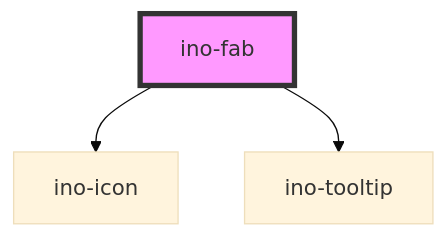
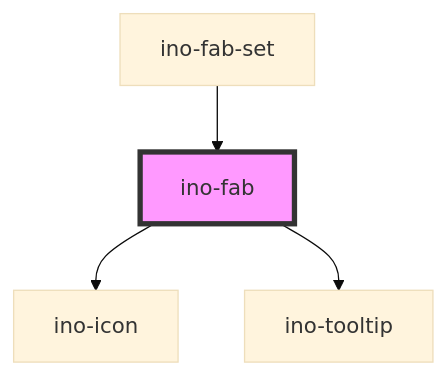
Before and after one commit to inovex/elements: the diagram in packages/elements/src/components/ino-fab/readme.md, drawn with Mermaid (base theme). The commit also changed other lines of this file and 20 other files, not shown here.

Commit message:
feat(elements): ino-fab(-set) in inovex style

````diff
--- a/packages/elements/src/components/ino-fab/readme.md
+++ b/packages/elements/src/components/ino-fab/readme.md
@@ -101,6 +110,7 @@
 ```mermaid
 graph TD;
   ino-fab --> ino-icon
   ino-fab --> ino-tooltip
+  ino-fab-set --> ino-fab
   style ino-fab fill:#f9f,stroke:#333,stroke-width:4px
 ```
````
